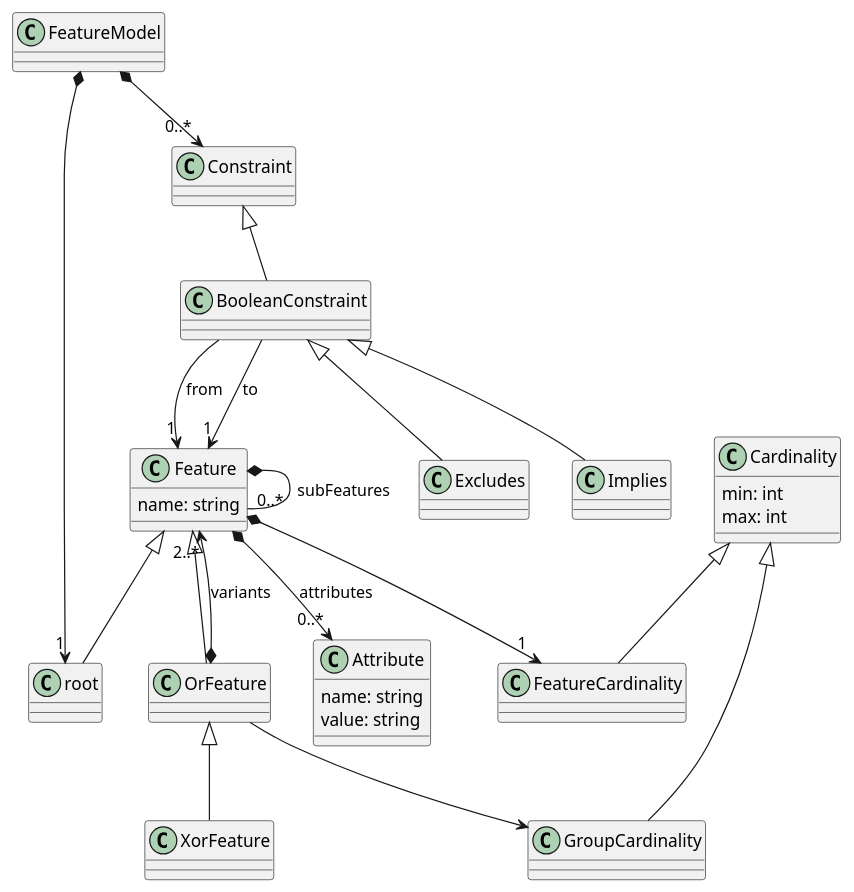
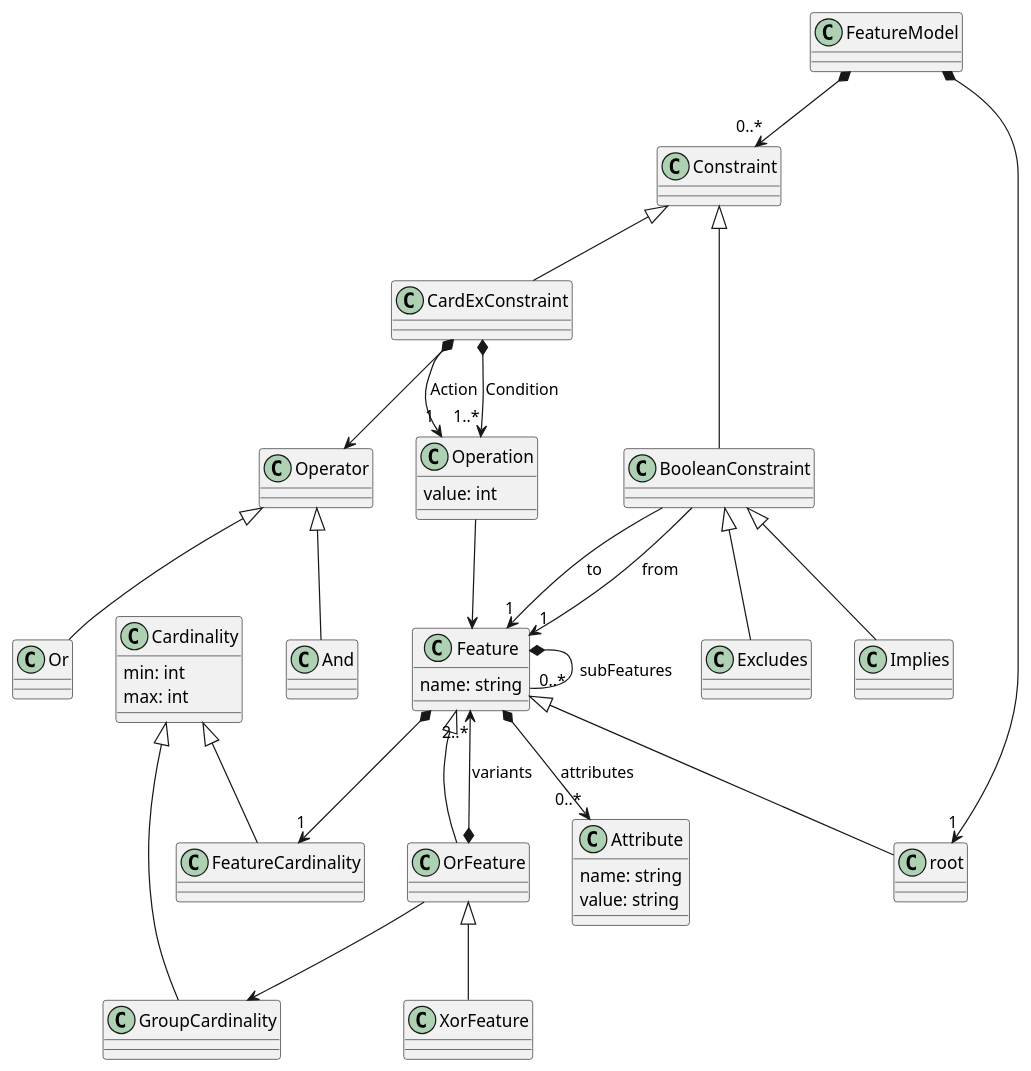
One commit to qunnn41/SFEA changed the diagram in SFEA/metamodel.puml. Above: the diagram before and after it, drawn with PlantUML.

Commit message:
update metamodel uml

```diff
--- a/SFEA/metamodel.puml
+++ b/SFEA/metamodel.puml
@@ -1,40 +1,54 @@
 @startuml
 
 FeatureModel *--> "1" root
 
 Feature <|-- root
 Feature *-- "0..*" Feature : subFeatures
 
 class Feature {
 name: string
 }
 
 Feature <|-- OrFeature
 OrFeature <|-- XorFeature
 
 class Cardinality {
 min: int
 max: int
 }
 
 Cardinality <|-- GroupCardinality
 Cardinality <|-- FeatureCardinality
 
 class Attribute {
 name: string
 value: string
 }
 
 Feature *--> "0..*" Attribute: attributes
 Feature *--> "1" FeatureCardinality
 OrFeature *--> "2..*" Feature : variants
 OrFeature --> GroupCardinality
 
 FeatureModel *--> "0..*" Constraint
+
 Constraint <|-- BooleanConstraint
 BooleanConstraint --> "1" Feature : from
 BooleanConstraint --> "1" Feature : to
 BooleanConstraint <|-- Implies
 BooleanConstraint <|-- Excludes
+Constraint <|-- CardExConstraint
+
+CardExConstraint *--> "1" Operation : Action
+CardExConstraint *--> "1..*" Operation : Condition
+
+class Operation {
+value: int
+}
+
+CardExConstraint *--> Operator
+Operator <|-- And
+Operator <|-- Or
+Operation --> Feature
 
 @enduml
```
